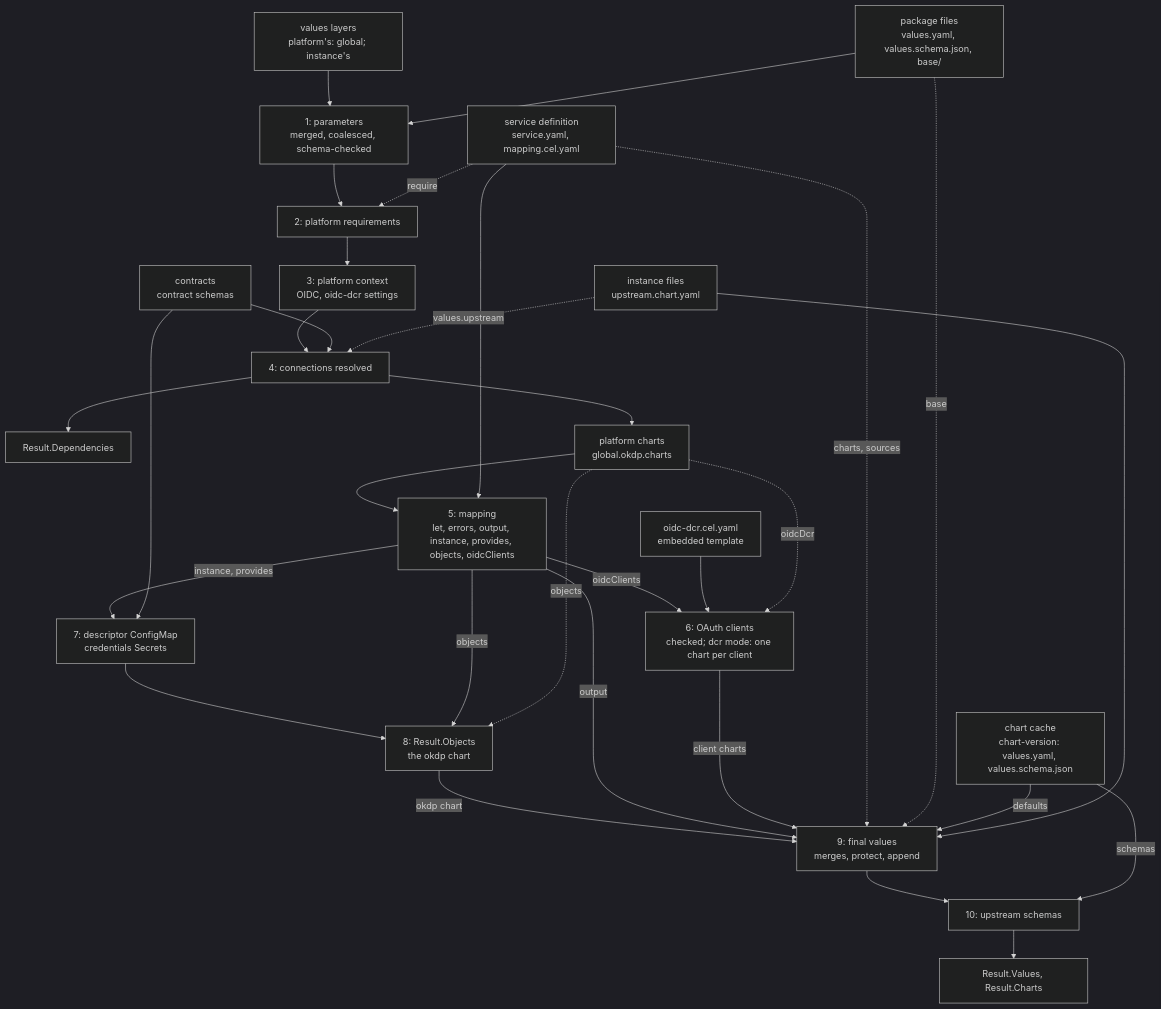
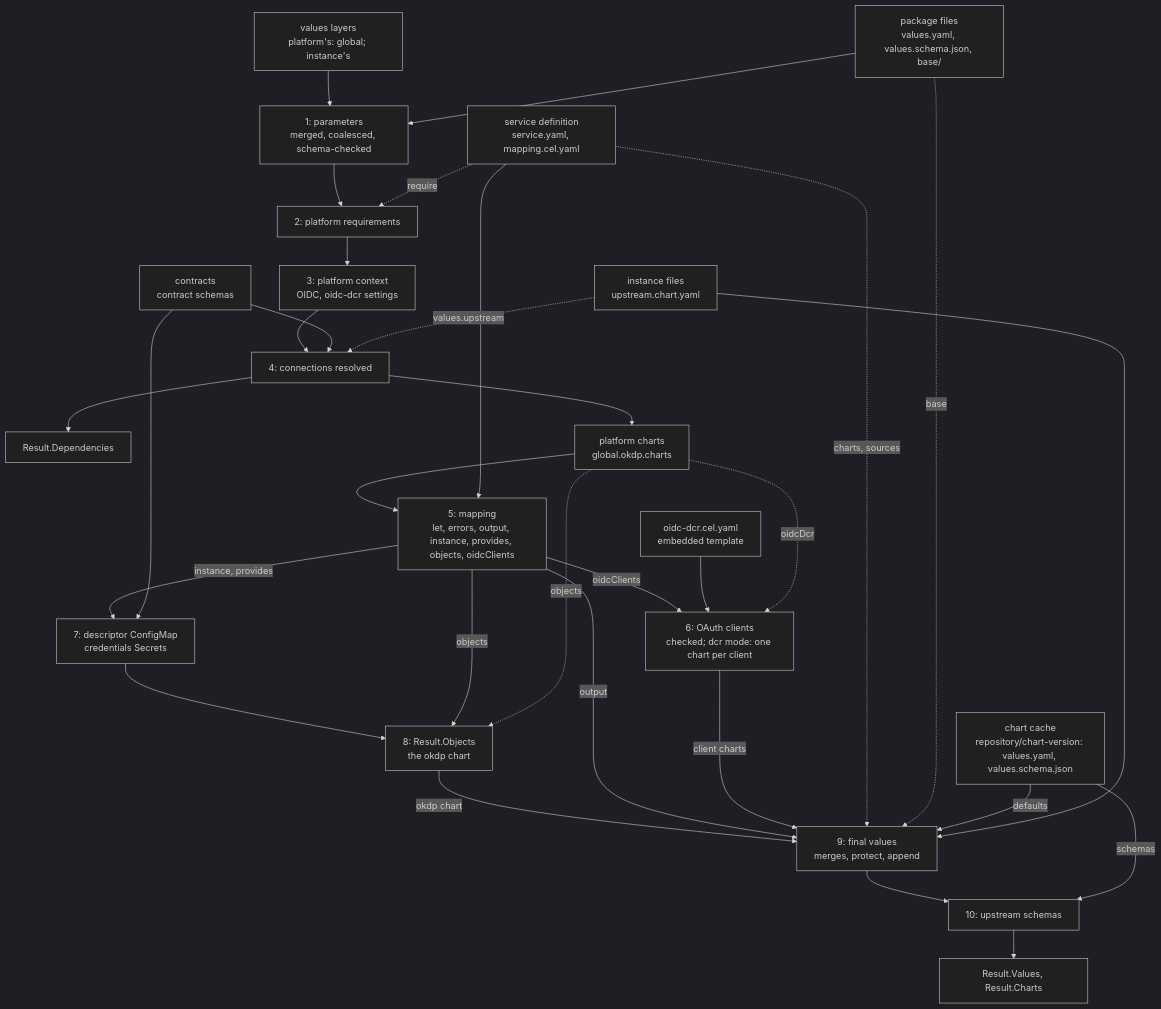
One commit to OKDP/okdp-compiler changed the diagram in docs/00_architecture.md. Above: the diagram before and after it, drawn with Mermaid (dark theme). The commit also changed other lines of this file and 15 other files, not shown here.

Commit message:
feat: key the chart cache by repository, <repository>/<chart>-<version>, the flat entry kept unless two repositories share it

````diff
--- a/docs/00_architecture.md
+++ b/docs/00_architecture.md
@@ -44,41 +44,41 @@
 ```mermaid
 flowchart TD
   def["service definition<br/>service.yaml, mapping.cel.yaml"]
   pkg["package files<br/>values.yaml, values.schema.json, base/"]
   layers["values layers<br/>platform's: global; instance's"]
   contracts["contracts<br/>contract schemas"]
-  cache["chart cache<br/>chart-version: values.yaml, values.schema.json"]
+  cache["chart cache<br/>repository/chart-version: values.yaml, values.schema.json"]
   files["instance files<br/>upstream.chart.yaml"]
   tmpl["oidc-dcr.cel.yaml<br/>embedded template"]
 
   layers --> s1["1: parameters<br/>merged, coalesced, schema-checked"]
   pkg --> s1
   s1 --> s2["2: platform requirements"]
   def -. require .-> s2
   s2 --> s3["3: platform context<br/>OIDC, oidc-dcr settings"]
   s3 --> s4["4: connections resolved"]
   contracts --> s4
   s4 --> deps["Result.Dependencies"]
   s4 --> pc["platform charts<br/>global.okdp.charts"]
   pc --> s5["5: mapping<br/>let, errors, output, instance, provides, objects, oidcClients"]
   def --> s5
   s5 -- oidcClients --> s6["6: OAuth clients<br/>checked; dcr mode: one chart per client"]
   tmpl --> s6
   pc -. oidcDcr .-> s6
   s5 -- "instance, provides" --> s7["7: descriptor ConfigMap<br/>credentials Secrets"]
   contracts --> s7
   s7 --> s8["8: Result.Objects<br/>the okdp chart"]
   s5 -- objects --> s8
   pc -. objects .-> s8
   s8 -- "okdp chart" --> s9
   s5 -- output --> s9["9: final values<br/>merges, protect, append"]
   s6 -- "client charts" --> s9
   def -. "charts, sources" .-> s9
   pkg -. base .-> s9
   cache -- defaults --> s9
   files -. "values.upstream" .-> s4
   files --> s9
   s9 --> s10["10: upstream schemas"]
   cache -- schemas --> s10
   s10 --> vals["Result.Values, Result.Charts"]
 ```
````
